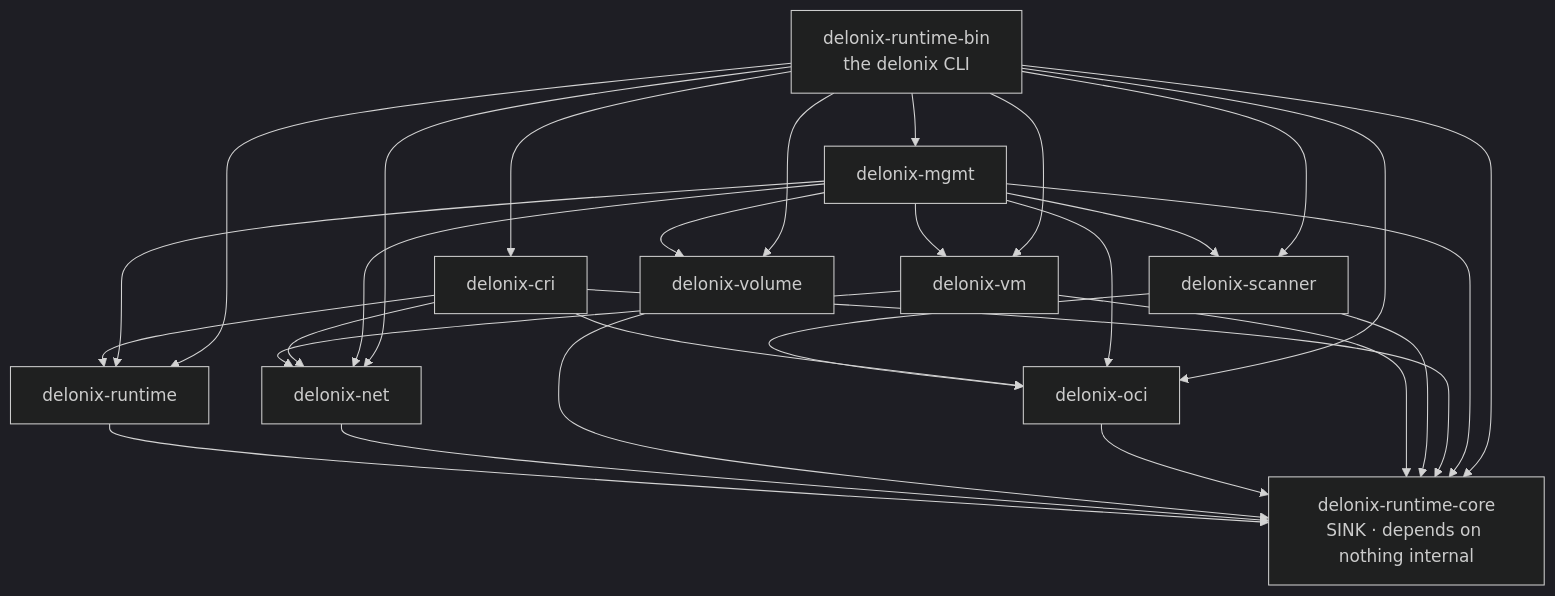
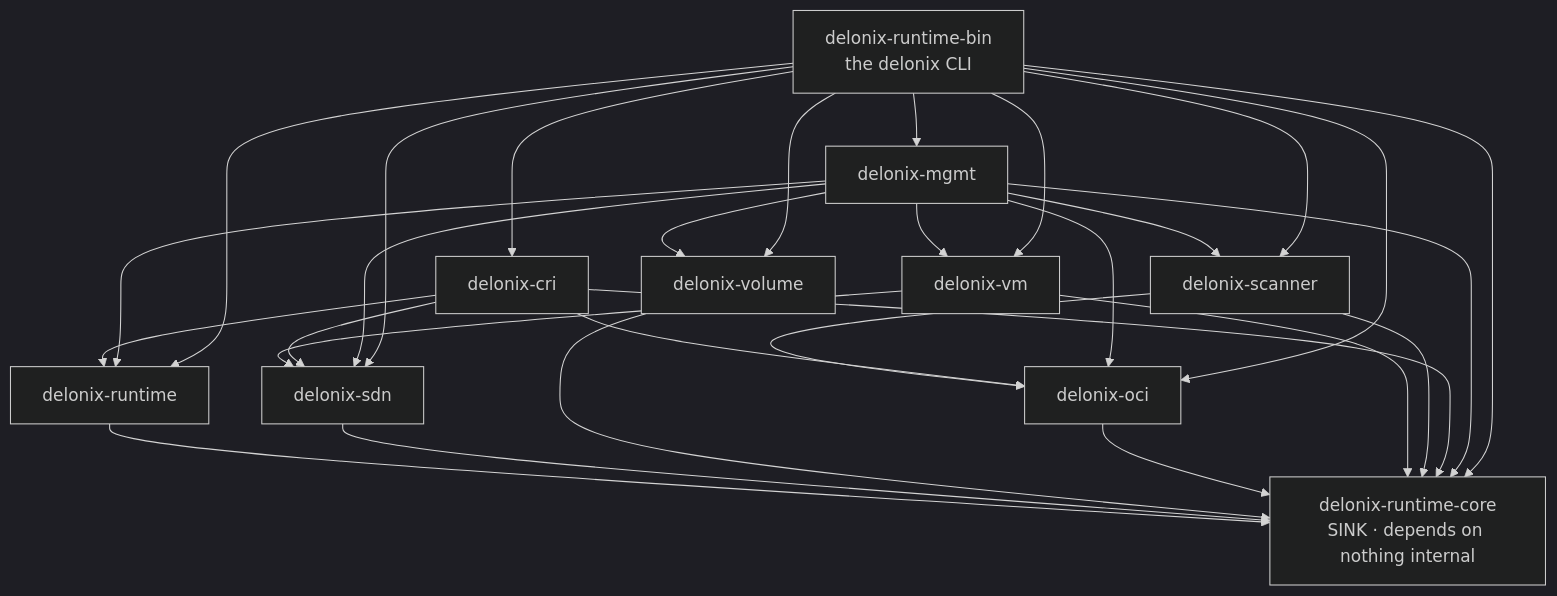
The diagram in docs/runtime/dependency-map.md (angolardevops/delonix-runtime), drawn with Mermaid (dark theme) before and after one commit. The commit also changed 79 other files, not shown here.

First line of the commit message:
arch(P3p): delonix-net passa a chamar-se delonix-sdn

````diff
--- a/docs/runtime/dependency-map.md
+++ b/docs/runtime/dependency-map.md
@@ -9,38 +9,38 @@
 ```mermaid
 graph TD
     core[delonix-runtime-core<br/>SINK · depends on nothing internal]
 
     runtime[delonix-runtime] --> core
-    net[delonix-net] --> core
+    net[delonix-sdn] --> core
     volume[delonix-volume] --> core
     image[delonix-oci] --> core
 
     vm[delonix-vm] --> core
     vm --> net
 
     scan[delonix-scanner] --> core
     scan --> image
 
     cri[delonix-cri] --> core
     cri --> runtime
     cri --> image
     cri --> net
 
     mgmt[delonix-mgmt] --> core
     mgmt --> runtime
     mgmt --> volume
     mgmt --> image
     mgmt --> scan
     mgmt --> vm
     mgmt --> net
 
     bin[delonix-runtime-bin<br/>the delonix CLI] --> core
     bin --> runtime
     bin --> image
     bin --> vm
     bin --> volume
     bin --> scan
     bin --> cri
     bin --> mgmt
     bin --> net
 ```
````
